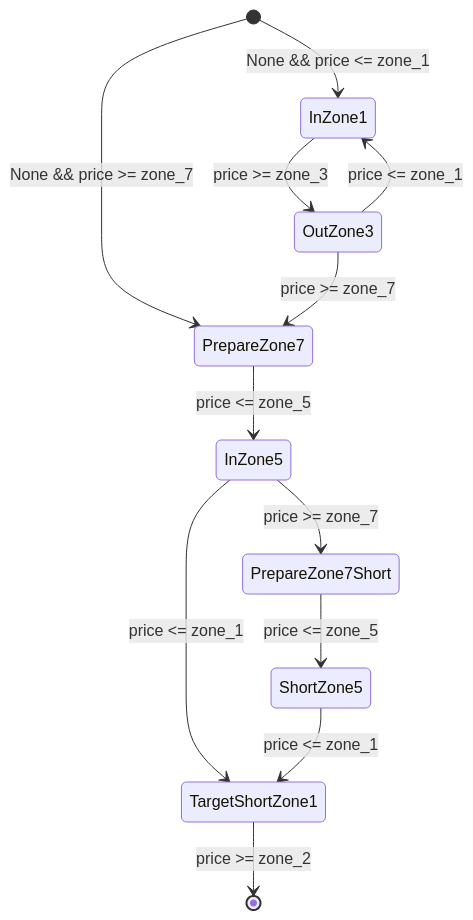
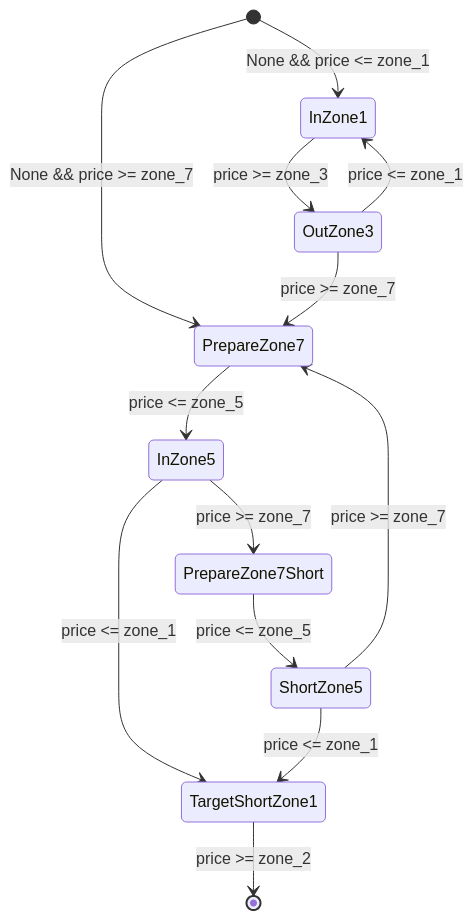
Before and after one commit to madrijkaard/rkd-high-frequency-trading: the third of 3 diagrams in README.md, drawn with Mermaid.

````diff
--- a/README.md
+++ b/README.md
@@ -198,15 +198,16 @@
 ```mermaid
 stateDiagram-v2
     [*] --> InZone1: None && price <= zone_1
     [*] --> PrepareZone7: None && price >= zone_7
 
     InZone1 --> OutZone3: price >= zone_3
     OutZone3 --> InZone1: price <= zone_1
     OutZone3 --> PrepareZone7: price >= zone_7
     PrepareZone7 --> InZone5: price <= zone_5
     InZone5 --> TargetShortZone1: price <= zone_1
     InZone5 --> PrepareZone7Short: price >= zone_7
     PrepareZone7Short --> ShortZone5: price <= zone_5
     ShortZone5 --> TargetShortZone1: price <= zone_1
+    ShortZone5 --> PrepareZone7: price >= zone_7
     TargetShortZone1 --> [*]: price >= zone_2
 ```
````
